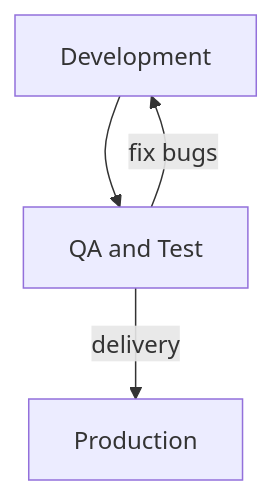
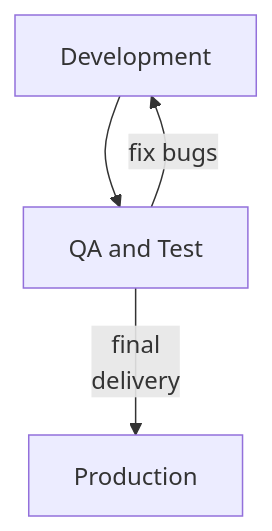
The diagram in doc_src/SDEVEN.25_SYTEST.md (petre-renware/sdeven), drawn with Mermaid before and after one commit.

````diff
--- a/doc_src/SDEVEN.25_SYTEST.md
+++ b/doc_src/SDEVEN.25_SYTEST.md
@@ -93,11 +93,11 @@
 ```mermaid
 flowchart TD
     dev[Development]
     test[QA and Test]
     prod[Production]
 
     dev --> test
-    test -->|delivery| prod
+    test -->|final \n delivery| prod
 
     test -->|fix bugs| dev
 ```
````
